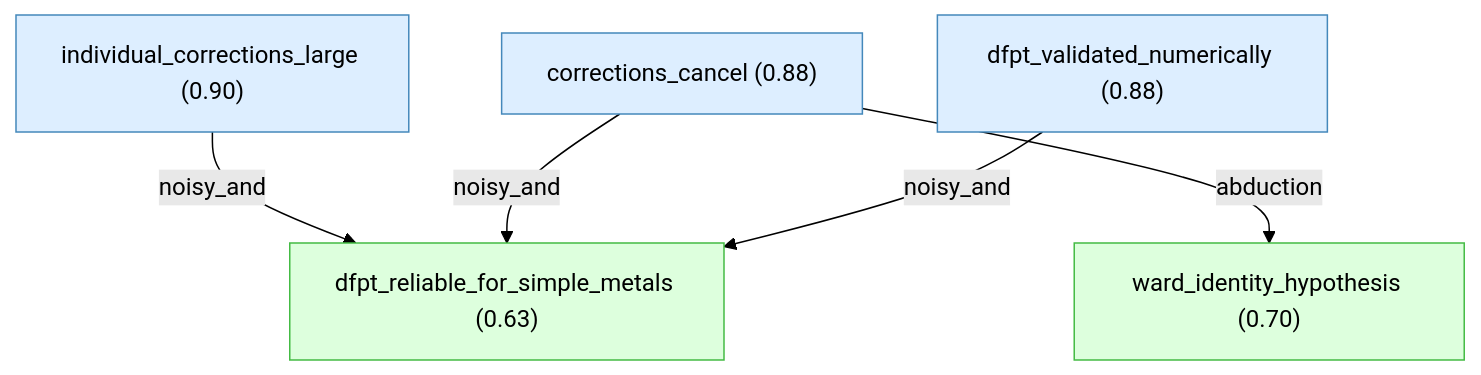
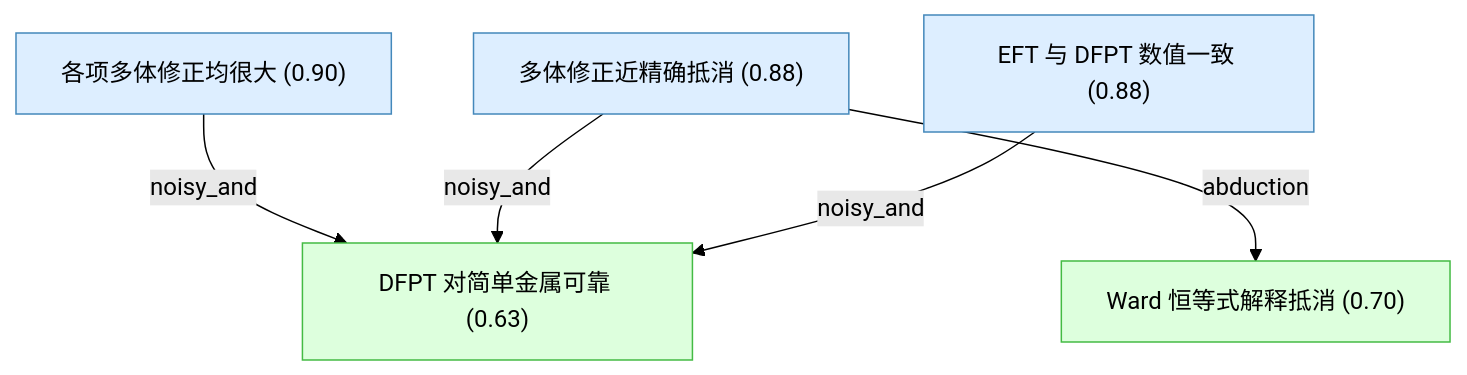
The fifth of 6 diagrams in README.md (kunyuan/SuperconductivityElectronLiquids.gaia), drawn with Mermaid (forest theme) before and after one commit. The commit also changed other lines of this file and 7 other files, not shown here.

````diff
--- a/README.md
+++ b/README.md
@@ -218,19 +259,19 @@
 ```mermaid
 graph TD
-    individual_corrections_large["individual_corrections_large (0.90)"]:::premise
-    corrections_cancel["corrections_cancel (0.88)"]:::premise
-    dfpt_validated_numerically["dfpt_validated_numerically (0.88)"]:::premise
-    dfpt_reliable_for_simple_metals["dfpt_reliable_for_simple_metals (0.63)"]:::derived
-    ward_identity_hypothesis["ward_identity_hypothesis (0.70)"]:::derived
+    individual_corrections_large["各项多体修正均很大 (0.90)"]:::premise
+    corrections_cancel["多体修正近精确抵消 (0.88)"]:::premise
+    dfpt_validated_numerically["EFT 与 DFPT 数值一致 (0.88)"]:::premise
+    dfpt_reliable_for_simple_metals["DFPT 对简单金属可靠 (0.63)"]:::derived
+    ward_identity_hypothesis["Ward 恒等式解释抵消 (0.70)"]:::derived
     individual_corrections_large -->|noisy_and| dfpt_reliable_for_simple_metals
     corrections_cancel -->|noisy_and| dfpt_reliable_for_simple_metals
     dfpt_validated_numerically -->|noisy_and| dfpt_reliable_for_simple_metals
     corrections_cancel -->|abduction| ward_identity_hypothesis
 
     classDef setting fill:#f0f0f0,stroke:#999
     classDef premise fill:#ddeeff,stroke:#4488bb
     classDef derived fill:#ddffdd,stroke:#44bb44
     classDef question fill:#fff3dd,stroke:#cc9944
     classDef orphan fill:#fff,stroke:#ccc,stroke-dasharray: 5 5
     classDef external fill:#fff,stroke:#aaa,stroke-dasharray: 3 3
 ```
````
